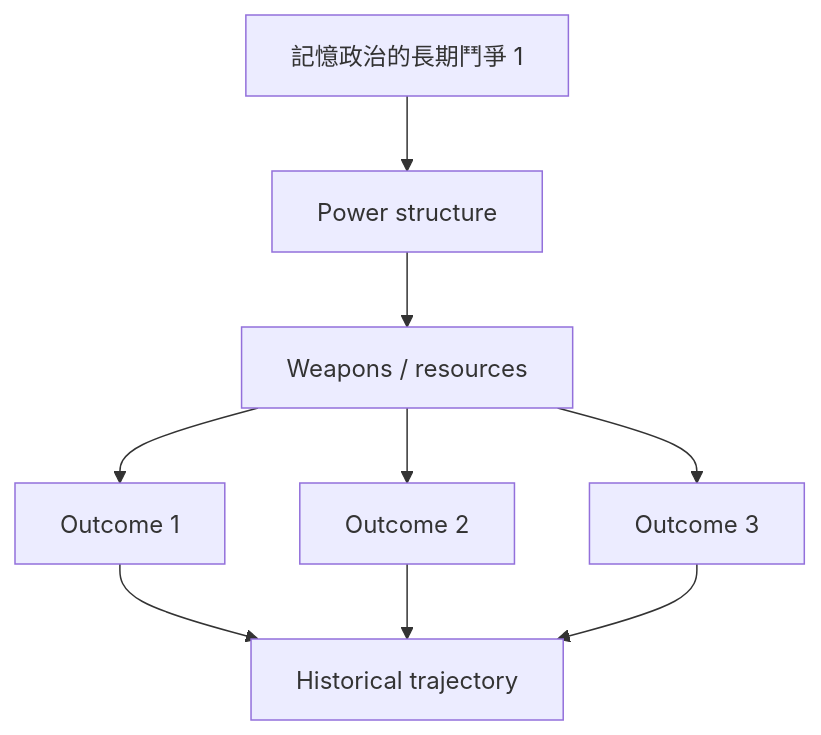
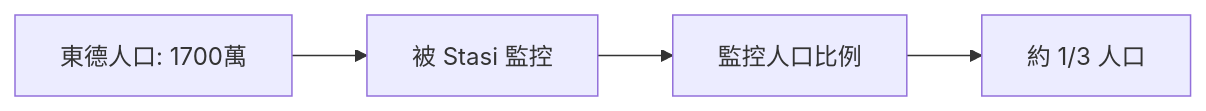
The sixth of 7 diagrams in 01_HKU_Courses/HIST2076_Germany_and_the_Cold_War.md (yip-lgtm/HKU-Harvard-History-Self-Study), drawn with Mermaid before and after one commit. The commit also changed other lines of this file and 48 other files, not shown here.

````diff
--- a/01_HKU_Courses/HIST2076_Germany_and_the_Cold_War.md
+++ b/01_HKU_Courses/HIST2076_Germany_and_the_Cold_War.md
@@ -265,11 +147,6 @@
 ```mermaid
-graph TD
-    A[記憶政治的長期鬥爭 1] --> B[Power structure]
-    B --> C[Weapons / resources]
-    C --> D[Outcome 1]
-    C --> E[Outcome 2]
-    C --> F[Outcome 3]
-    D --> G[Historical trajectory]
-    E --> G
-    F --> G
+graph LR
+    A[東德人口: 1700萬] --> B[被 Stasi 監控]
+    B --> C[監控人口比例]
+    C --> D[約 1/3 人口]
 ```
````
